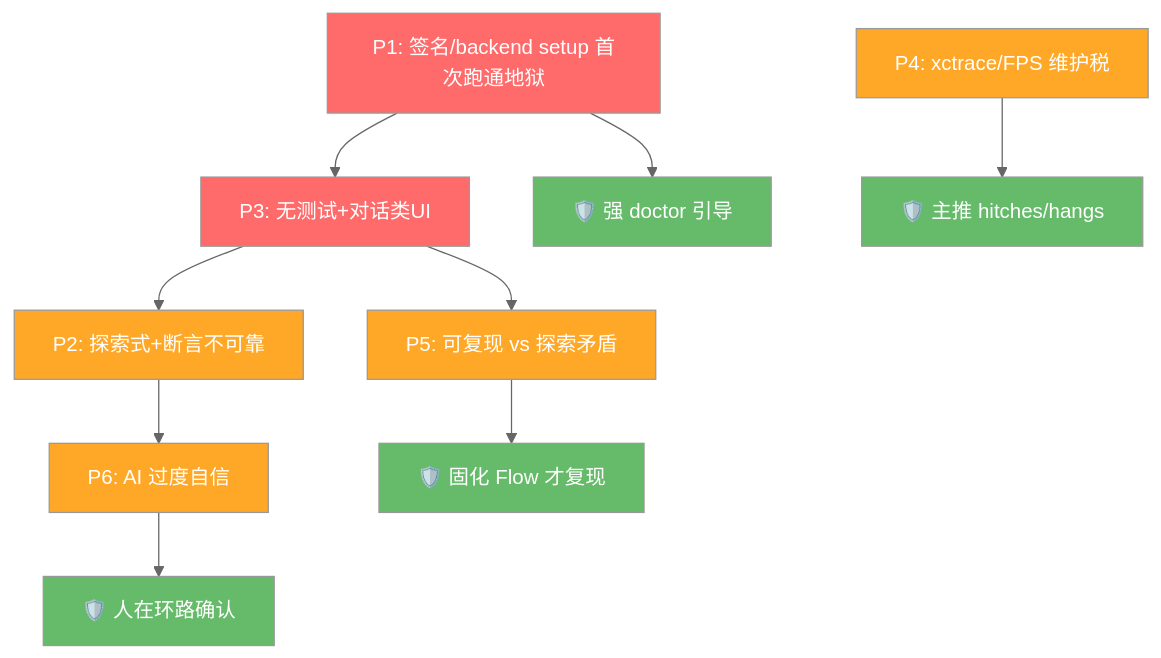
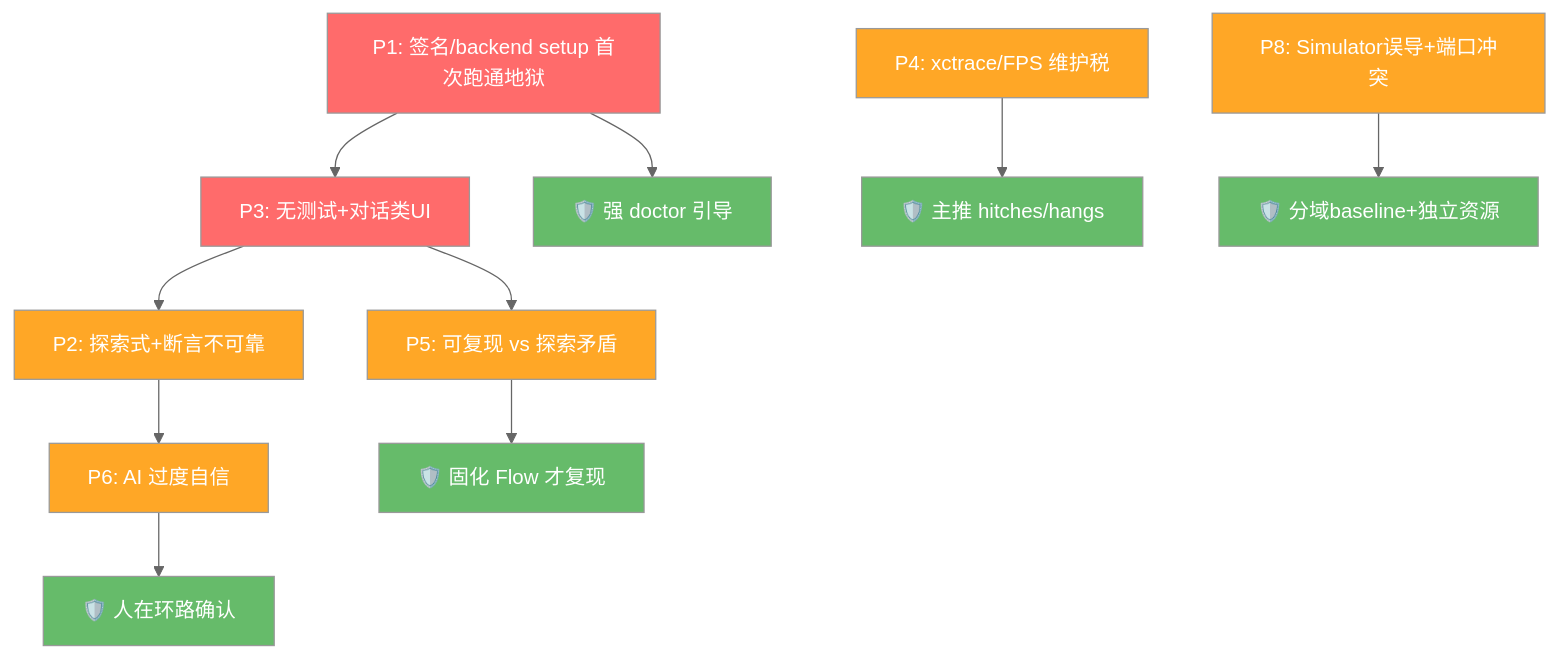
Before and after one commit to logan-suu/iTestAgent: the diagram in docs/03-implementation/开发避坑与关键注意点手册.md, drawn with Mermaid (neutral theme). The commit also changed other lines of this file, not shown here.

````diff
--- a/docs/03-implementation/开发避坑与关键注意点手册.md
+++ b/docs/03-implementation/开发避坑与关键注意点手册.md
@@ -44,26 +45,31 @@
 ```mermaid
 flowchart TD
     P1["P1: 签名/backend setup 首次跑通地狱"] --> P3["P3: 无测试+对话类UI"]
     P1 --> D1["🛡️ 强 doctor 引导"]
 
     P3 --> P2["P2: 探索式+断言不可靠"]
     P3 --> P5["P5: 可复现 vs 探索矛盾"]
 
     P2 --> P6["P6: AI 过度自信"]
 
     P4["P4: xctrace/FPS 维护税"] --> D2["🛡️ 主推 hitches/hangs"]
 
     P5 --> D3["🛡️ 固化 Flow 才复现"]
     P6 --> D4["🛡️ 人在环路确认"]
 
     style P1 fill:#ff6b6b,color:white
     style P3 fill:#ff6b6b,color:white
     style P2 fill:#ffa726,color:white
     style P4 fill:#ffa726,color:white
     style P5 fill:#ffa726,color:white
     style P6 fill:#ffa726,color:white
     style D1 fill:#66bb6a,color:white
     style D2 fill:#66bb6a,color:white
     style D3 fill:#66bb6a,color:white
     style D4 fill:#66bb6a,color:white
+
+    P8["P8: Simulator误导+端口冲突"] --> D5["🛡️ 分域baseline+独立资源"]
+
+    style P8 fill:#ffa726,color:white
+    style D5 fill:#66bb6a,color:white
 ```
````
